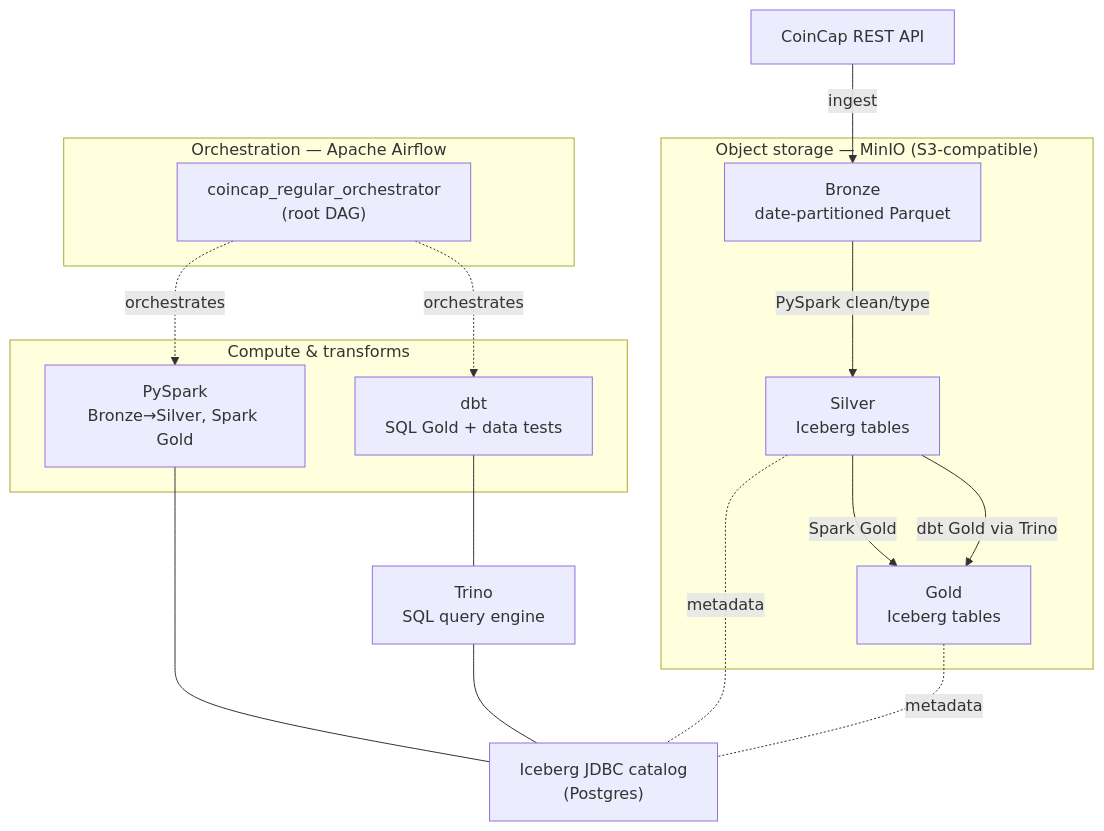
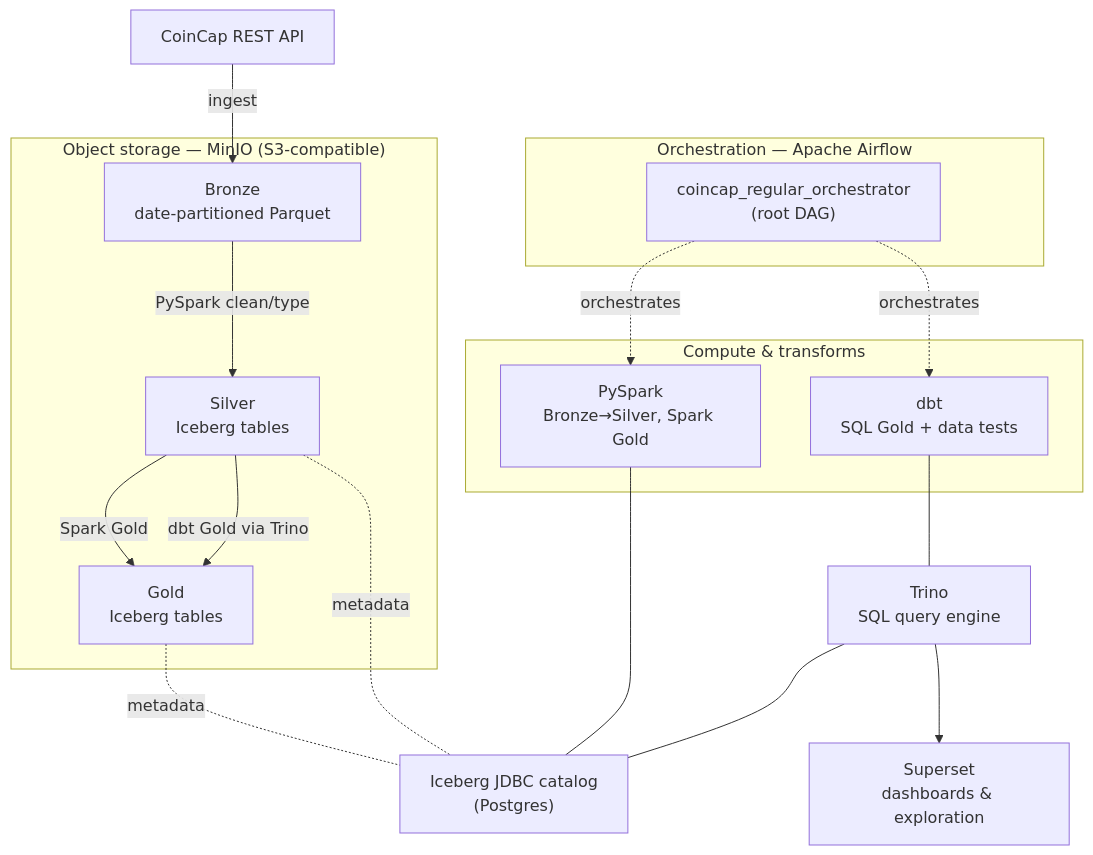
One commit to gekaluck/Data_eng_mvp changed the diagram in README.md. Above: the diagram before and after it, drawn with Mermaid. The commit also changed other lines of this file and 29 other files, not shown here.

````diff
--- a/README.md
+++ b/README.md
@@ -22,35 +22,37 @@
 ```mermaid
 flowchart TB
     API["CoinCap REST API"]
 
     subgraph ORCH["Orchestration — Apache Airflow"]
         ROOT["coincap_regular_orchestrator<br/>(root DAG)"]
     end
 
     subgraph STORAGE["Object storage — MinIO (S3-compatible)"]
         BRONZE["Bronze<br/>date-partitioned Parquet"]
         SILVER["Silver<br/>Iceberg tables"]
         GOLD["Gold<br/>Iceberg tables"]
     end
 
     CATALOG["Iceberg JDBC catalog<br/>(Postgres)"]
 
     subgraph COMPUTE["Compute & transforms"]
         SPARK["PySpark<br/>Bronze→Silver, Spark Gold"]
         DBT["dbt<br/>SQL Gold + data tests"]
     end
 
     TRINO["Trino<br/>SQL query engine"]
+    SUPERSET["Superset<br/>dashboards & exploration"]
 
     API -->|ingest| BRONZE
     ROOT -.orchestrates.-> SPARK
     ROOT -.orchestrates.-> DBT
     BRONZE -->|PySpark clean/type| SILVER
     SILVER -->|Spark Gold| GOLD
     SILVER -->|dbt Gold via Trino| GOLD
     SPARK --- CATALOG
     DBT --- TRINO
     TRINO --- CATALOG
+    TRINO --> SUPERSET
     SILVER -.metadata.- CATALOG
     GOLD -.metadata.- CATALOG
 ```
````
